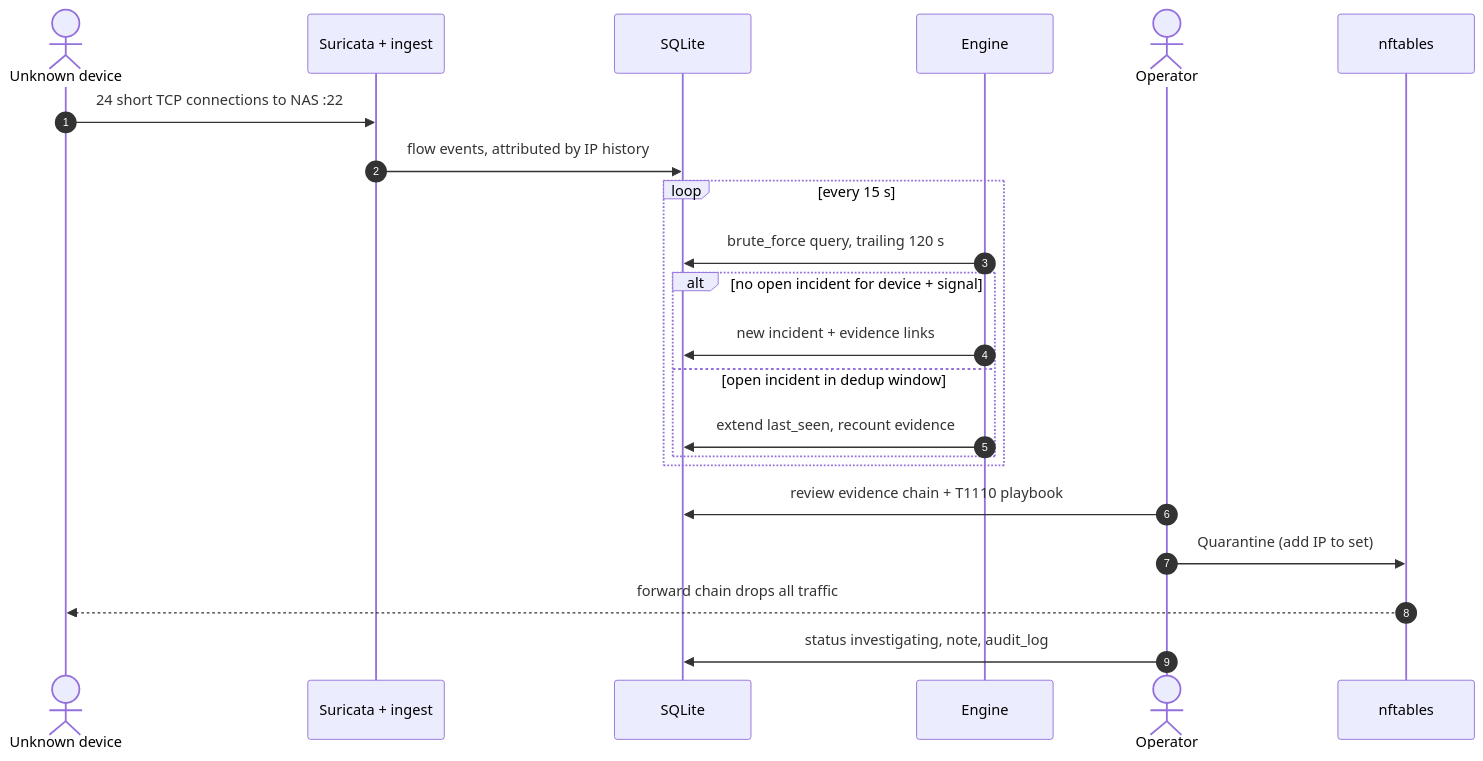
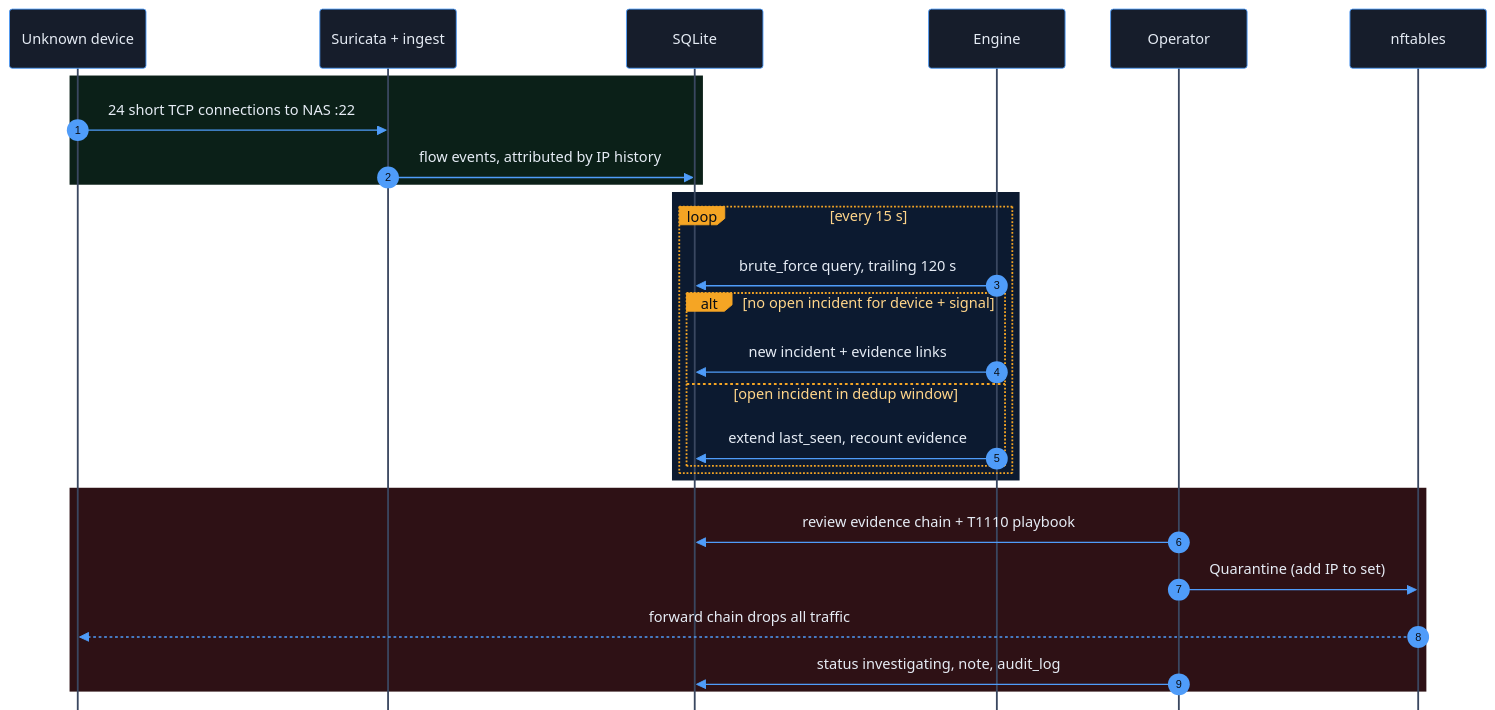
One commit to MaheshwariKushagra/securepi-gateway changed the third of 7 diagrams in README.md. Above: the diagram before and after it, drawn with Mermaid. The commit also changed other lines of this file, not shown here.

First line of the commit message:
Colour the README's Mermaid diagrams with the console palette

````diff
--- a/README.md
+++ b/README.md
@@ -253,25 +286,32 @@
 ```mermaid
+%%{init: {'theme':'base','themeVariables':{'actorBkg':'#161d2b','actorBorder':'#4f9cf9','actorTextColor':'#e6ecf5','actorLineColor':'#3a4760','signalColor':'#4f9cf9','signalTextColor':'#e6ecf5','sequenceNumberColor':'#0a0e15','labelBoxBkgColor':'#f5a524','labelBoxBorderColor':'#f5a524','labelTextColor':'#0a0e15','loopTextColor':'#ffd58a','noteBkgColor':'#2e2210','noteTextColor':'#ffe9c2','noteBorderColor':'#f5a524','primaryColor':'#161d2b','primaryTextColor':'#e6ecf5','lineColor':'#4f9cf9'},'sequence':{'mirrorActors':false,'messageMargin':34,'boxMargin':8}}}%%
 sequenceDiagram
     autonumber
-    actor A as Unknown device
+    participant A as Unknown device
     participant S as Suricata + ingest
     participant D as SQLite
     participant E as Engine
-    actor O as Operator
+    participant O as Operator
     participant N as nftables
 
+    rect rgb(11, 32, 24)
     A->>S: 24 short TCP connections to NAS :22
     S->>D: flow events, attributed by IP history
+    end
+    rect rgb(12, 26, 48)
     loop every 15 s
         E->>D: brute_force query, trailing 120 s
         alt no open incident for device + signal
             E->>D: new incident + evidence links
         else open incident in dedup window
             E->>D: extend last_seen, recount evidence
         end
     end
+    end
+    rect rgb(46, 17, 21)
     O->>D: review evidence chain + T1110 playbook
     O->>N: Quarantine (add IP to set)
     N-->>A: forward chain drops all traffic
     O->>D: status investigating, note, audit_log
+    end
 ```
````
